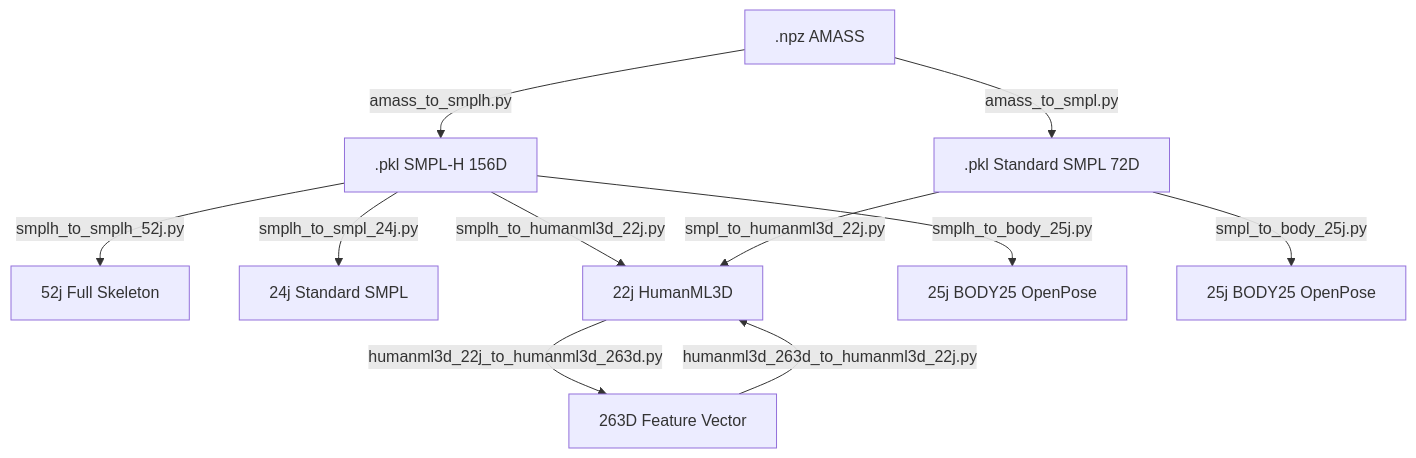
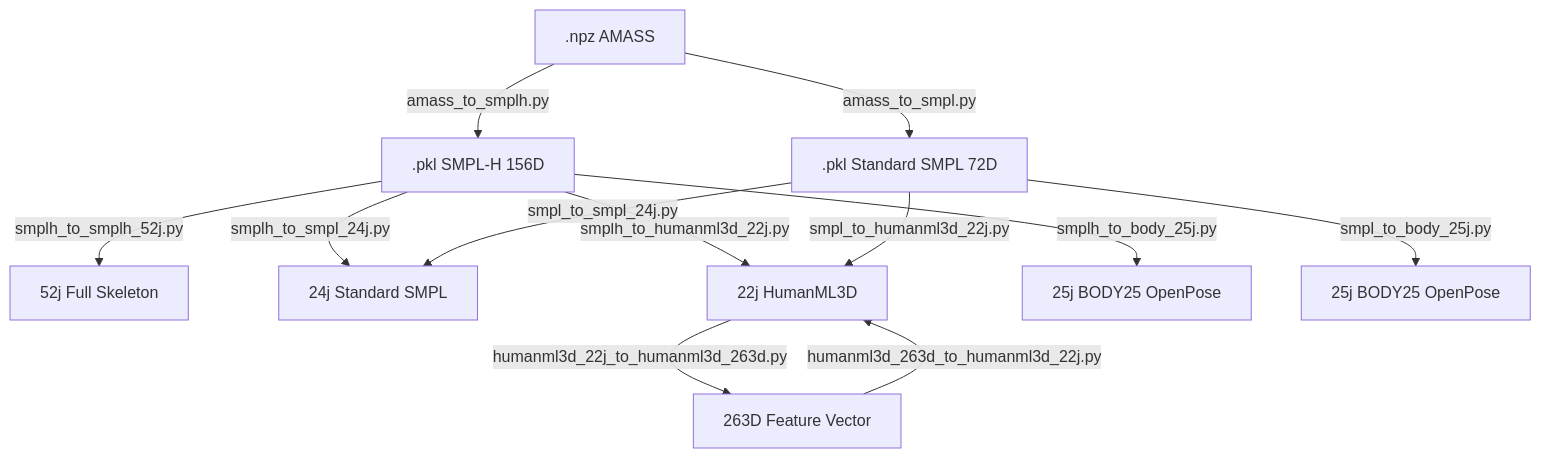
One commit to allen-sk8/SkeletonHub changed the diagram in README.md. Above: the diagram before and after it, drawn with Mermaid. The commit also changed other lines of this file and 14 other files, not shown here.

````diff
--- a/README.md
+++ b/README.md
@@ -11,16 +11,17 @@
 ```mermaid
 graph TD
     AMASS[.npz AMASS] -- amass_to_smplh.py --> SMPLH_PKL[.pkl SMPL-H 156D]
     AMASS -- amass_to_smpl.py --> SMPL_PKL[.pkl Standard SMPL 72D]
 
     SMPLH_PKL -- smplh_to_smplh_52j.py --> JOINTS_52[52j Full Skeleton]
     SMPLH_PKL -- smplh_to_smpl_24j.py --> JOINTS_24[24j Standard SMPL]
     SMPLH_PKL -- smplh_to_humanml3d_22j.py --> JOINTS_22[22j HumanML3D]
     SMPLH_PKL -- smplh_to_body_25j.py --> BODY_25_H[25j BODY25 OpenPose]
 
     SMPL_PKL -- smpl_to_humanml3d_22j.py --> JOINTS_22
     SMPL_PKL -- smpl_to_body_25j.py --> BODY_25_S[25j BODY25 OpenPose]
+    SMPL_PKL -- smpl_to_smpl_24j.py --> JOINTS_24
     
     JOINTS_22 -- humanml3d_22j_to_humanml3d_263d.py --> FEAT_263[263D Feature Vector]
     FEAT_263 -- humanml3d_263d_to_humanml3d_22j.py --> JOINTS_22
 ```
````
